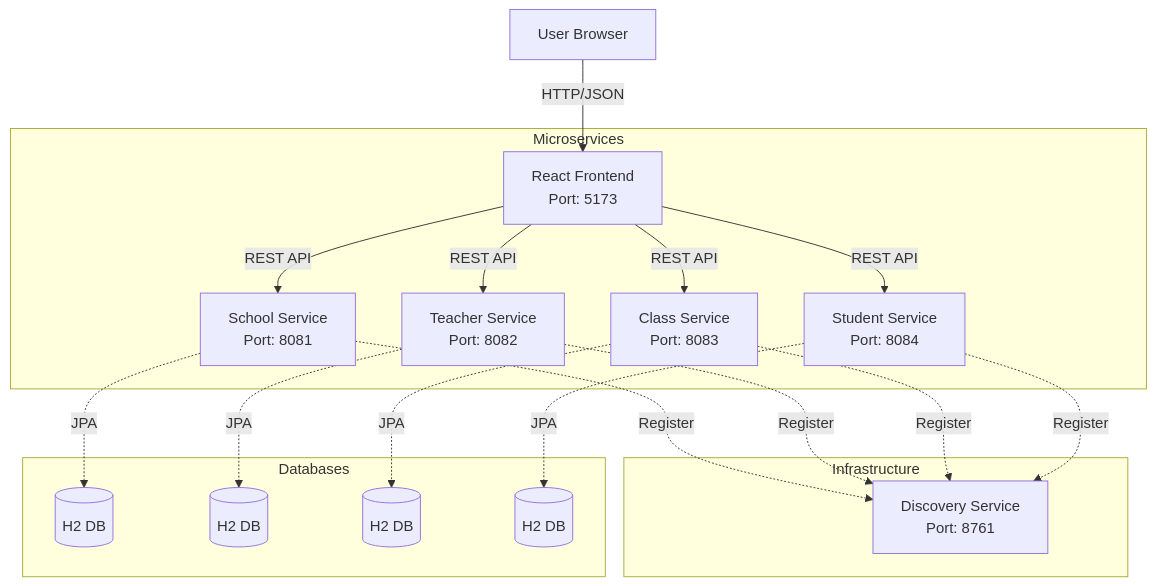
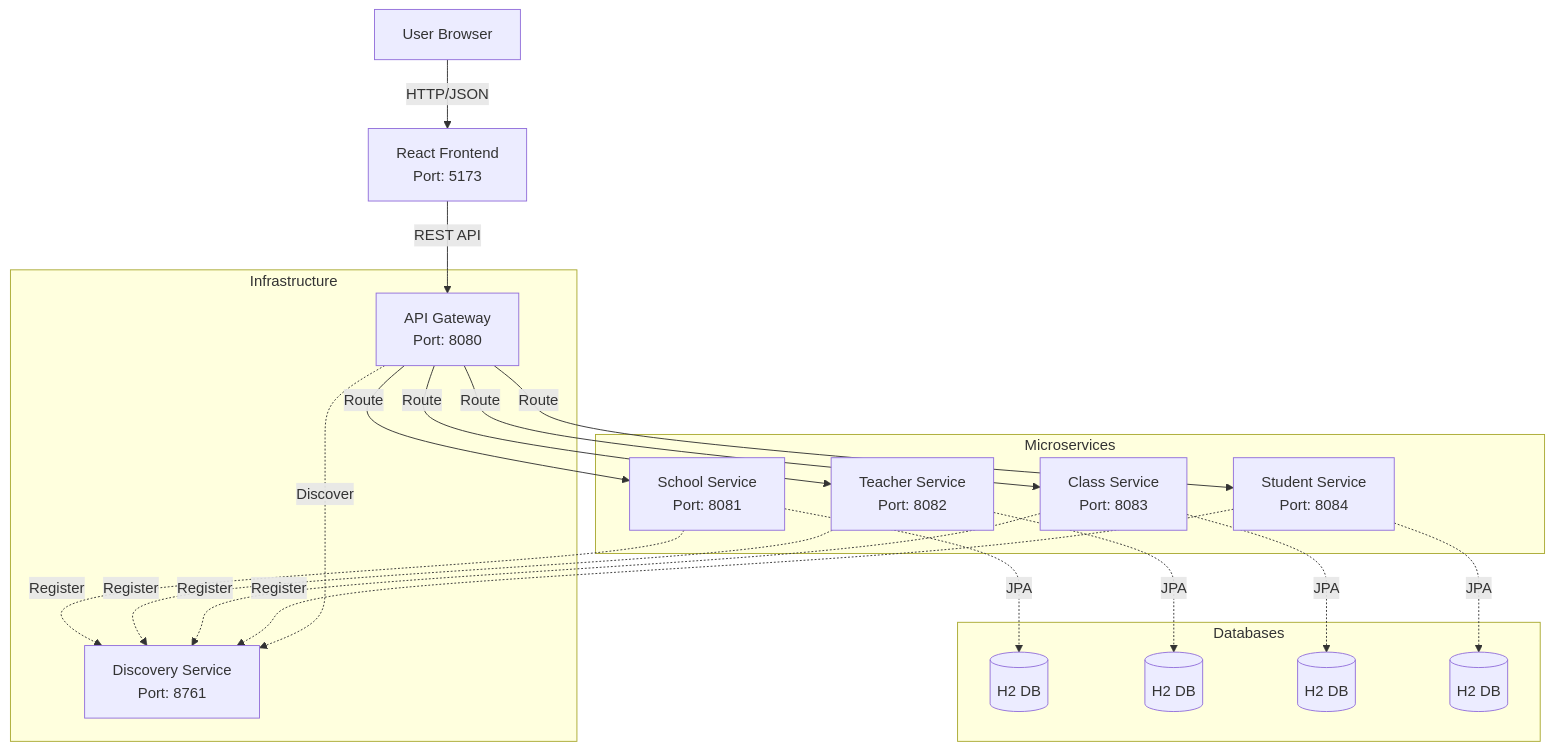
One commit to bhaumiksinh/School-Management-System changed the diagram in README.md. Above: the diagram before and after it, drawn with Mermaid. The commit also changed other lines of this file, not shown here.

Commit message:
Docs: Update README with API Gateway details

````diff
--- a/README.md
+++ b/README.md
@@ -21,27 +21,30 @@
 ```mermaid
 graph TD
     User[User Browser] -->|HTTP/JSON| Frontend[React Frontend<br/>Port: 5173]
+    Frontend -->|REST API| Gateway[API Gateway<br/>Port: 8080]
     
     subgraph Infrastructure
         Eureka[Discovery Service<br/>Port: 8761]
+        Gateway
     end
 
     subgraph Microservices
-        Frontend -->|REST API| School[School Service<br/>Port: 8081]
-        Frontend -->|REST API| Teacher[Teacher Service<br/>Port: 8082]
-        Frontend -->|REST API| Class[Class Service<br/>Port: 8083]
-        Frontend -->|REST API| Student[Student Service<br/>Port: 8084]
+        Gateway -->|Route| School[School Service<br/>Port: 8081]
+        Gateway -->|Route| Teacher[Teacher Service<br/>Port: 8082]
+        Gateway -->|Route| Class[Class Service<br/>Port: 8083]
+        Gateway -->|Route| Student[Student Service<br/>Port: 8084]
         
         School -.->|Register| Eureka
         Teacher -.->|Register| Eureka
         Class -.->|Register| Eureka
         Student -.->|Register| Eureka
+        Gateway -.->|Discover| Eureka
     end
     
     subgraph Databases
         School -.->|JPA| DB1[(H2 DB)]
         Teacher -.->|JPA| DB2[(H2 DB)]
         Class -.->|JPA| DB3[(H2 DB)]
         Student -.->|JPA| DB4[(H2 DB)]
     end
 ```
````
